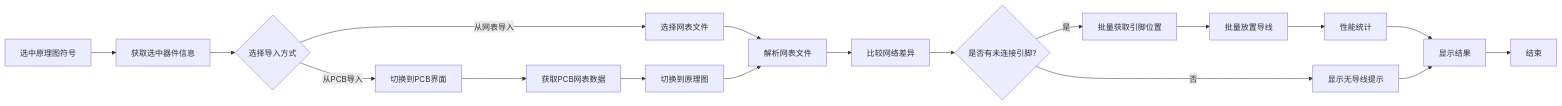
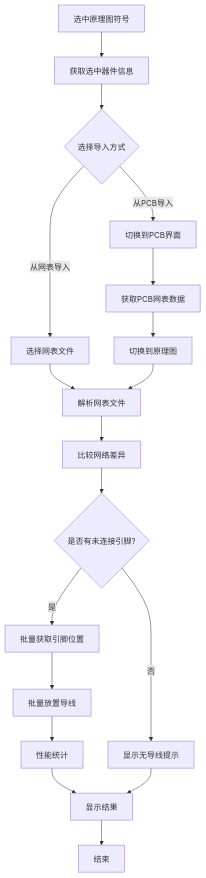
Before and after one commit to WOLF4096/easyeda_wolfblack_tool: the tenth of 10 diagrams in README.md, drawn with Mermaid. The commit also changed other lines of this file, not shown here.

````diff
--- a/README.md
+++ b/README.md
@@ -847,23 +852,23 @@
 ```mermaid
-graph LR
+graph TD
     A[选中原理图符号] -->B1[获取选中器件信息]
     B1 --> B{选择导入方式}
     B -->|从PCB导入| C[切换到PCB界面]
     B -->|从网表导入| D[选择网表文件]
 
     C --> E[获取PCB网表数据]
     D --> H
     E --> G[切换到原理图]
     G --> H[解析网表文件]
     
     H --> I[比较网络差异]
     I --> J{是否有未连接引脚?}
     J -->|是| K[批量获取引脚位置]
     J -->|否| L[显示无导线提示]
     
     K --> M[批量放置导线]
     M --> N[性能统计]
     N --> O[显示结果]
     L --> O
     O --> P[结束]
 ```
````
